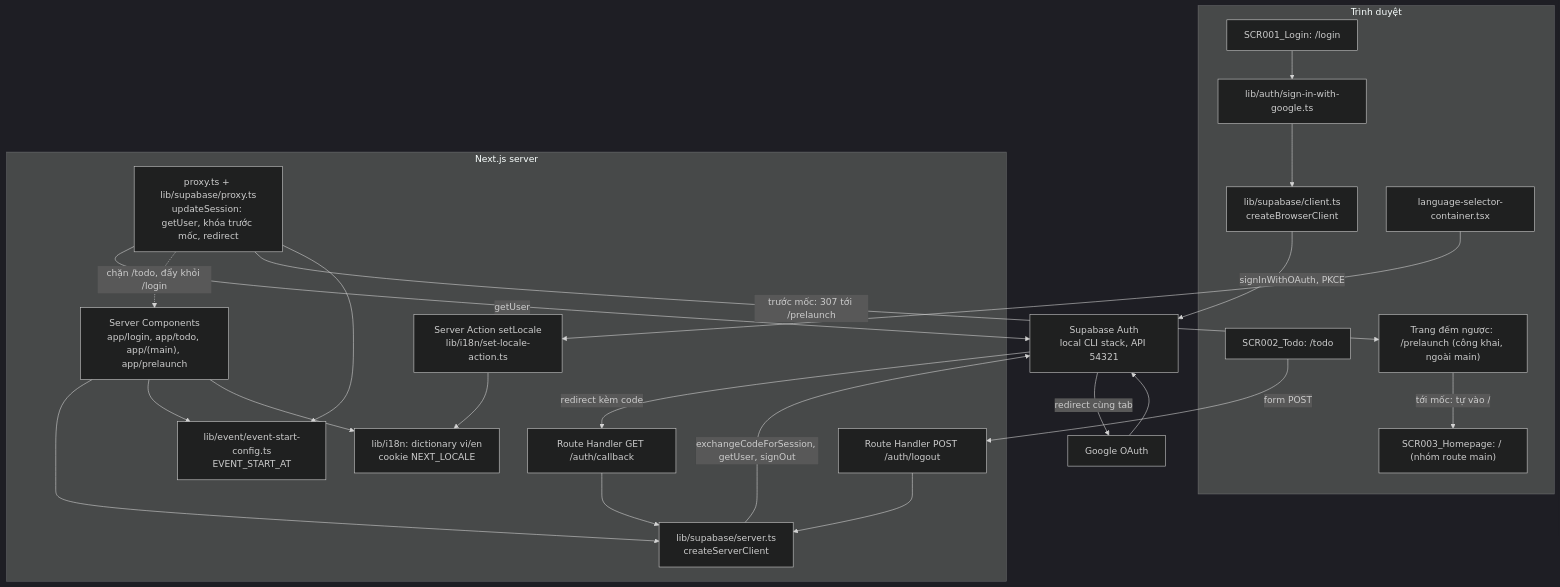
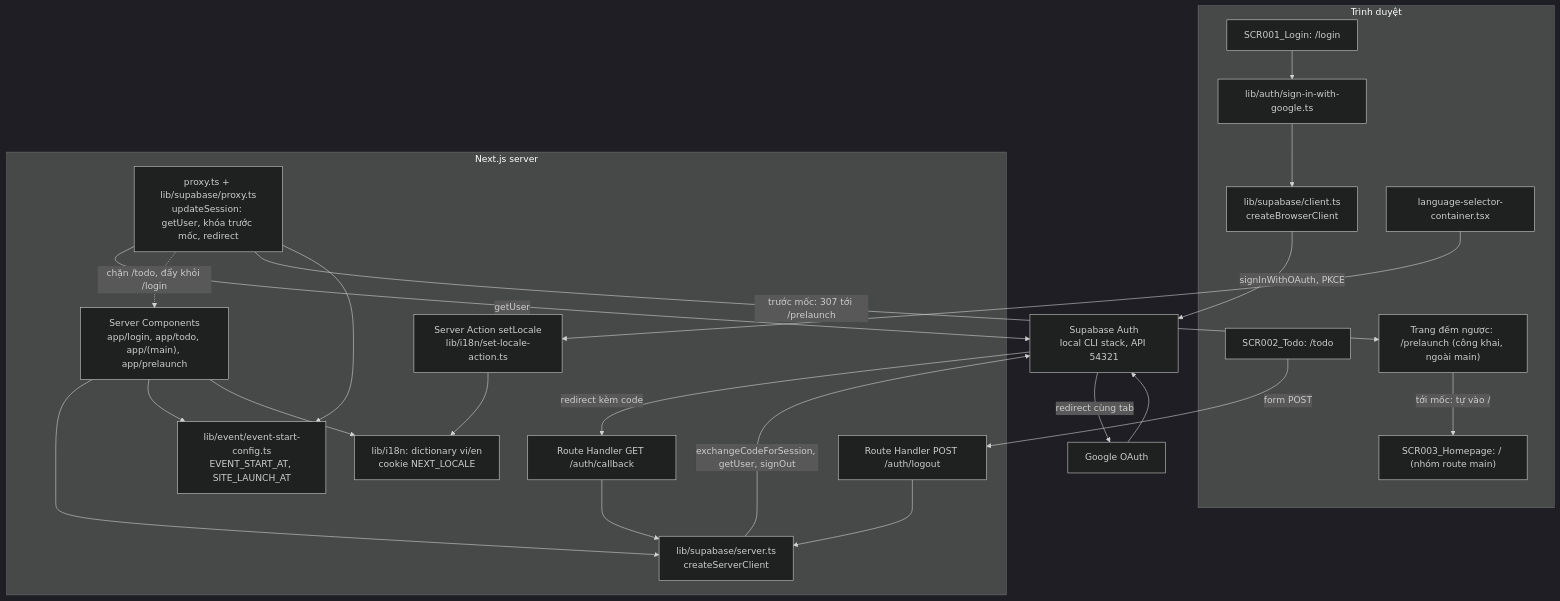
One commit to ngocnv-0940/agentic-coding-hands-on changed the first of 2 diagrams in docs/system/architecture.md. Above: the diagram before and after it, drawn with Mermaid (dark theme). The commit also changed other lines of this file and 11 other files, not shown here.

Commit message:
docs(prelaunch): document SITE_LAUNCH_AT split

````diff
--- a/docs/system/architecture.md
+++ b/docs/system/architecture.md
@@ -14,44 +14,44 @@
 ```mermaid
 graph TB
     subgraph Browser["Trình duyệt"]
         LOGIN["SCR001_Login: /login"]
         TODO["SCR002_Todo: /todo"]
         HOME["SCR003_Homepage: / (nhóm route main)"]
         PRE["Trang đếm ngược: /prelaunch (công khai, ngoài main)"]
         BC["lib/supabase/client.ts<br/>createBrowserClient"]
         SIGN["lib/auth/sign-in-with-google.ts"]
         LSEL["language-selector-container.tsx"]
     end
     subgraph Next["Next.js server"]
         PX["proxy.ts + lib/supabase/proxy.ts<br/>updateSession: getUser, khóa trước mốc, redirect"]
         PG["Server Components<br/>app/login, app/todo, app/(main), app/prelaunch"]
-        EVT["lib/event/event-start-config.ts<br/>EVENT_START_AT"]
+        EVT["lib/event/event-start-config.ts<br/>EVENT_START_AT, SITE_LAUNCH_AT"]
         CB["Route Handler GET /auth/callback"]
         LO["Route Handler POST /auth/logout"]
         SA["Server Action setLocale<br/>lib/i18n/set-locale-action.ts"]
         SC["lib/supabase/server.ts<br/>createServerClient"]
         I18N["lib/i18n: dictionary vi/en<br/>cookie NEXT_LOCALE"]
     end
     SB["Supabase Auth<br/>local CLI stack, API 54321"]
     G["Google OAuth"]
 
     LOGIN --> SIGN --> BC
     BC -->|"signInWithOAuth, PKCE"| SB
     SB -->|"redirect cùng tab"| G
     G --> SB
     SB -->|"redirect kèm code"| CB
     CB --> SC
     LO --> SC
     PG --> SC
     SC -->|"exchangeCodeForSession, getUser, signOut"| SB
     PX -->|"getUser"| SB
     PX -.->|"chặn /todo, đẩy khỏi /login"| PG
     PX -->|"trước mốc: 307 tới /prelaunch"| PRE
     PX --> EVT
     PRE -->|"tới mốc: tự vào /"| HOME
     PG --> EVT
     TODO -->|"form POST"| LO
     LSEL --> SA
     SA --> I18N
     PG --> I18N
 ```
````
